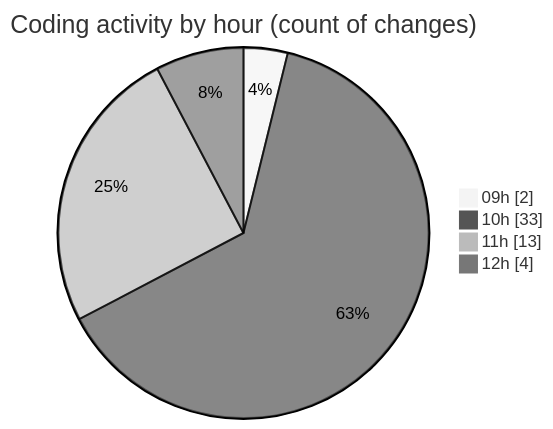
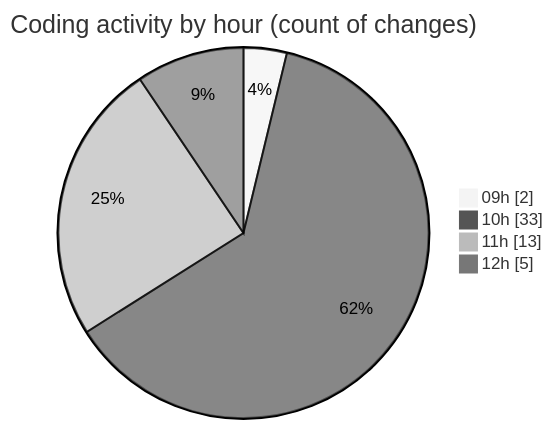
Before and after one commit to momahboobian/code-tracking: the second of 2 diagrams in 2025-08-12/cda/README.md, drawn with Mermaid (neutral theme). The commit also changed other lines of this file and 1 other file, not shown here.

````diff
--- a/2025-08-12/cda/README.md
+++ b/2025-08-12/cda/README.md
@@ -50,8 +52,8 @@
 ```mermaid
 pie showData
 title Coding activity by hour (count of changes)
 "09h" : 2
 "10h" : 33
 "11h" : 13
-"12h" : 4
+"12h" : 5
 ```
````
